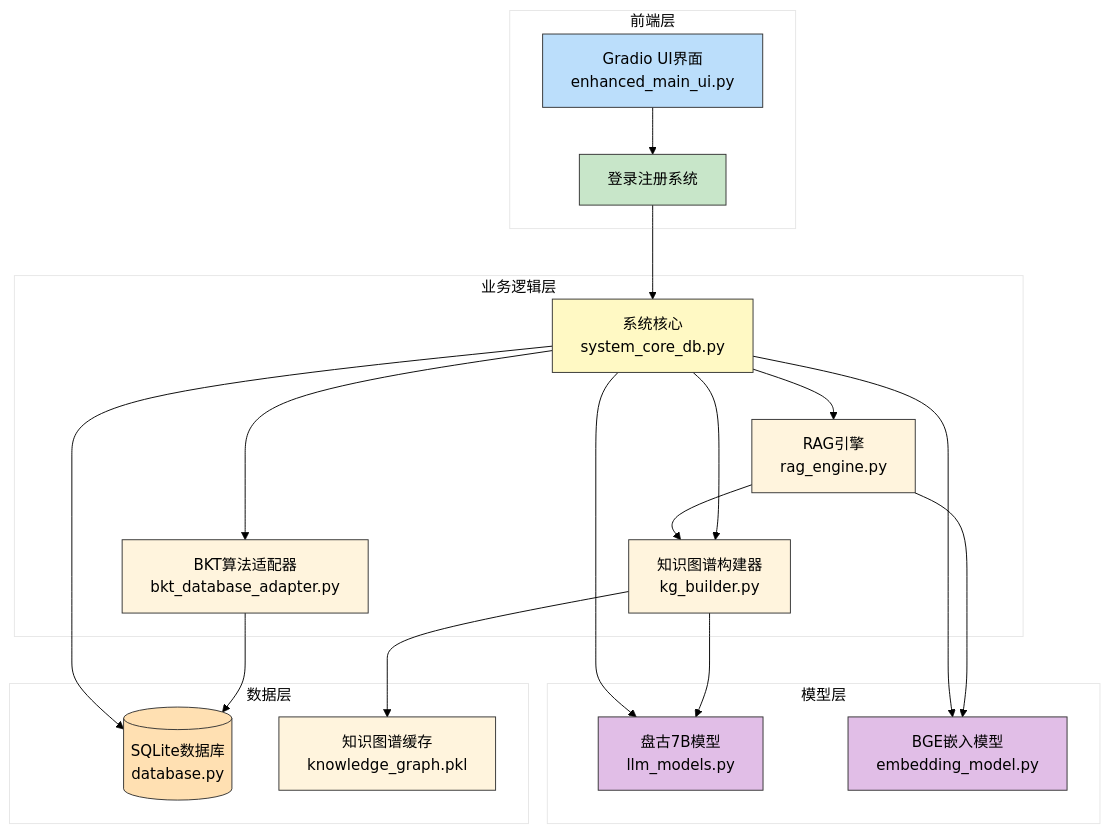
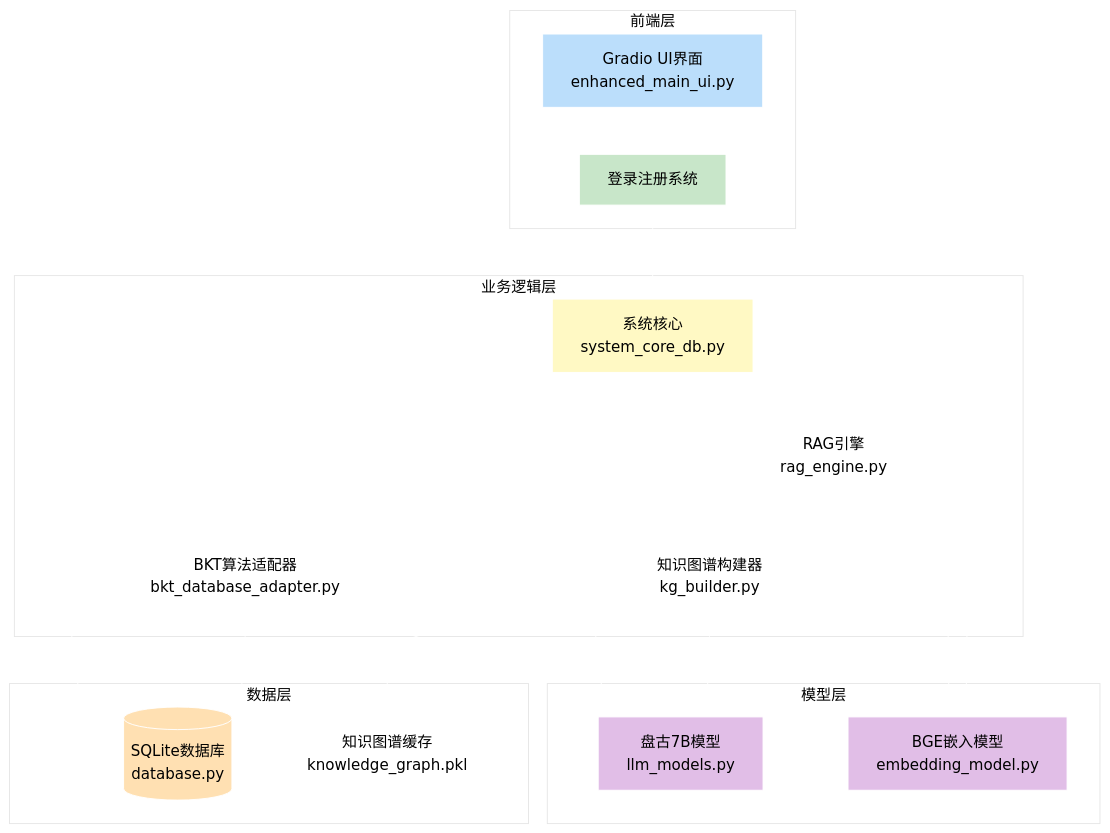
One commit to sribdcn/PersonalExam changed the third of 3 diagrams in README.md. Above: the diagram before and after it, drawn with Mermaid. The commit also changed other lines of this file, not shown here.

First line of the commit message:
style: 移除HTML包装，将mermaid线条颜色改为白色

````diff
--- a/README.md
+++ b/README.md
@@ -190,46 +180,46 @@
 ```mermaid
-%%{init: {'theme':'base', 'themeVariables': {'primaryBackgroundColor':'#ffffff', 'primaryTextColor':'#000000', 'primaryBorderColor':'#333333', 'lineColor':'#000000', 'secondaryColor':'#f0f0f0', 'tertiaryColor':'#ffffff', 'mainBkgColor':'#ffffff', 'secondBkgColor':'#f5f5f5', 'tertiaryBkgColor':'#ffffff'}}}%%
+%%{init: {'theme':'base', 'themeVariables': {'primaryBackgroundColor':'#ffffff', 'primaryTextColor':'#000000', 'primaryBorderColor':'#ffffff', 'lineColor':'#ffffff', 'edgeLabelBackground':'#ffffff', 'secondaryColor':'#f0f0f0', 'tertiaryColor':'#ffffff', 'mainBkgColor':'#ffffff', 'secondBkgColor':'#f5f5f5', 'tertiaryBkgColor':'#ffffff', 'background':'#ffffff', 'primaryColor':'#ffffff'}}}%%
 graph TB
     subgraph 前端层["前端层"]
         UI[Gradio UI界面<br/>enhanced_main_ui.py]
         Login[登录注册系统]
     end
     
     subgraph 业务逻辑层["业务逻辑层"]
         Core[系统核心<br/>system_core_db.py]
         BKT[BKT算法适配器<br/>bkt_database_adapter.py]
         RAG[RAG引擎<br/>rag_engine.py]
         KG[知识图谱构建器<br/>kg_builder.py]
     end
     
     subgraph 数据层["数据层"]
         DB[(SQLite数据库<br/>database.py)]
         Cache[知识图谱缓存<br/>knowledge_graph.pkl]
     end
     
     subgraph 模型层["模型层"]
         LLM[盘古7B模型<br/>llm_models.py]
         Embed[BGE嵌入模型<br/>embedding_model.py]
     end
     
     UI --> Login
     Login --> Core
     Core --> BKT
     Core --> RAG
     Core --> KG
     BKT --> DB
     RAG --> KG
     RAG --> Embed
     KG --> LLM
     KG --> Cache
     Core --> DB
     Core --> LLM
     Core --> Embed
     
     style UI fill:#BBDEFB
     style Login fill:#C8E6C9
     style Core fill:#FFF9C4
     style DB fill:#FFE0B2
     style LLM fill:#E1BEE7
     style Embed fill:#E1BEE7
 ```
````
